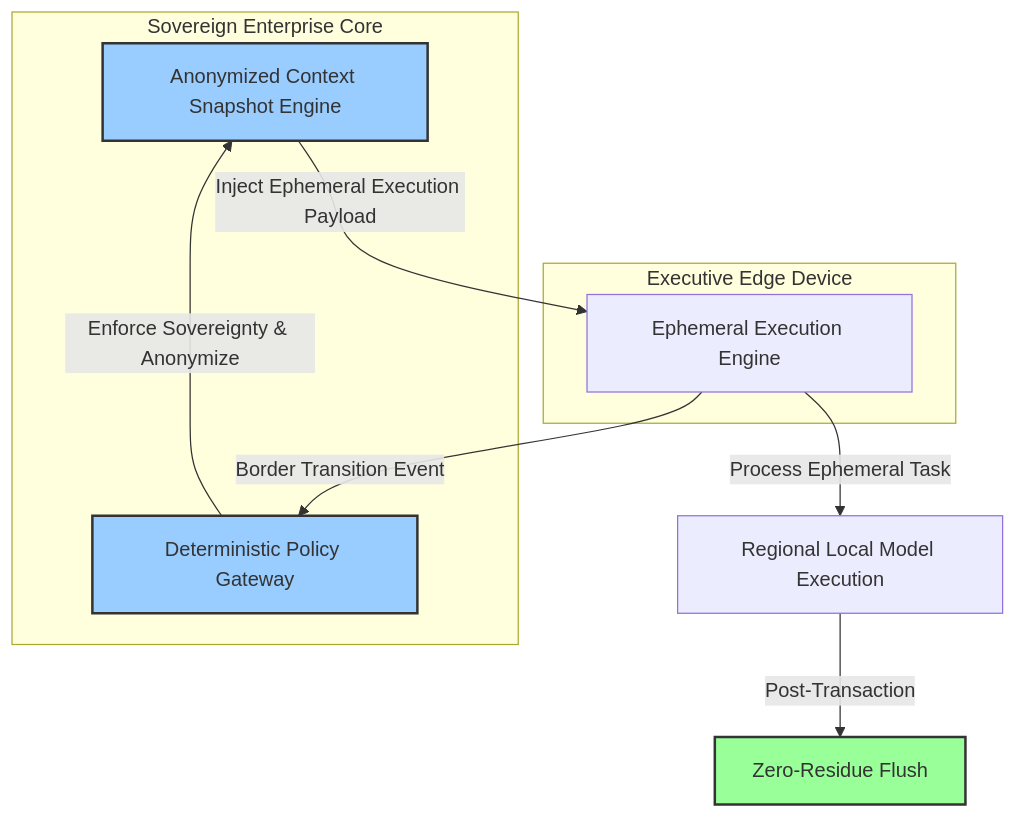
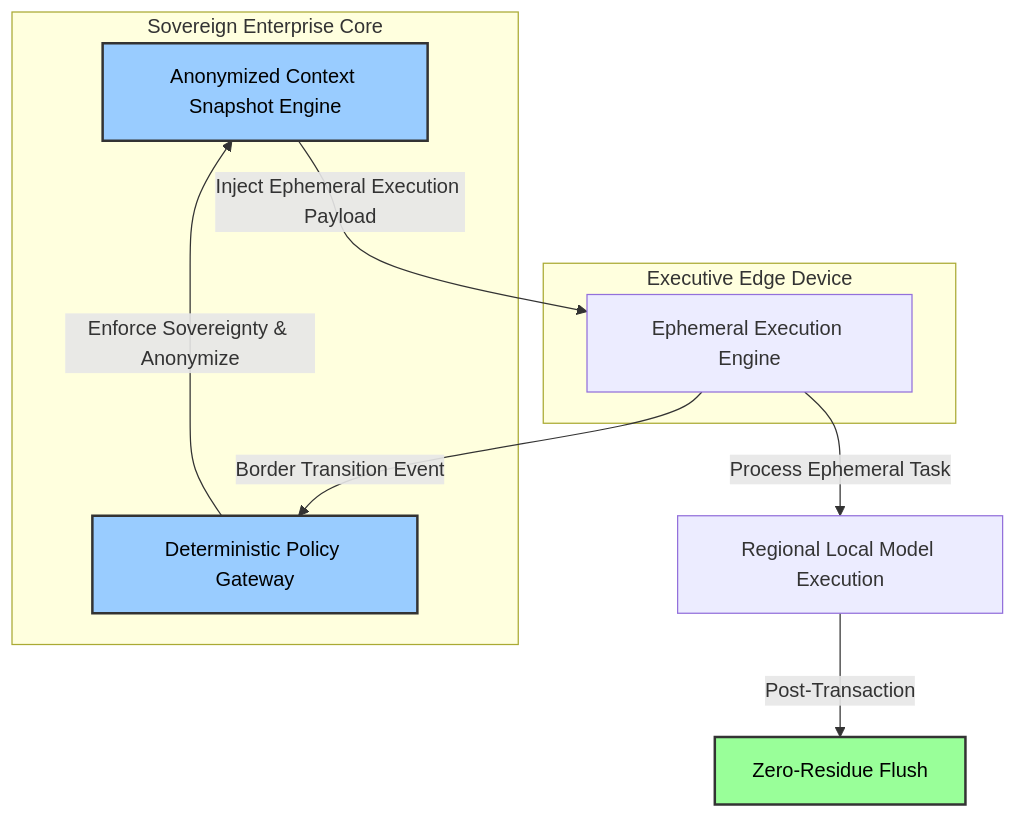
Before and after one commit to 26200602/SIA-Agentic-AI-Architecture: the second of 2 diagrams in docs/07_Geopolitical-Edge-Context-Gateway.md, drawn with Mermaid. The commit also changed other lines of this file, not shown here.

Commit message:
Update 07_Geopolitical-Edge-Context-Gateway.md
mermaid color updated

````diff
--- a/docs/07_Geopolitical-Edge-Context-Gateway.md
+++ b/docs/07_Geopolitical-Edge-Context-Gateway.md
@@ -44,21 +45,22 @@
 ```mermaid
 graph TD
     subgraph Enterprise Backend [Sovereign Enterprise Core]
         S1[Anonymized Context Snapshot Engine]
         S2[Deterministic Policy Gateway]
     end
 
     subgraph Cross-Border Mobile Edge [Executive Edge Device]
         E1[Ephemeral Execution Engine]
     end
 
     E1 -->|Border Transition Event| S2
     S2 -->|Enforce Sovereignty & Anonymize| S1
     S1 -->|Inject Ephemeral Execution Payload| E1
     E1 -->|Process Ephemeral Task| E2[Regional Local Model Execution]
     E2 -->|Post-Transaction| E3[Zero-Residue Flush]
 
-    style S1 fill:#99ccff,stroke:#333,stroke-width:2px
-    style S2 fill:#99ccff,stroke:#333,stroke-width:2px
-    style E3 fill:#99ff99,stroke:#333,stroke-width:2px
+    style S1 fill:#99ccff,stroke:#333,stroke-width:2px,color:#000
+    style S2 fill:#99ccff,stroke:#333,stroke-width:2px,color:#000
+    style E3 fill:#99ff99,stroke:#333,stroke-width:2px,color:#000
+
 ```
````
